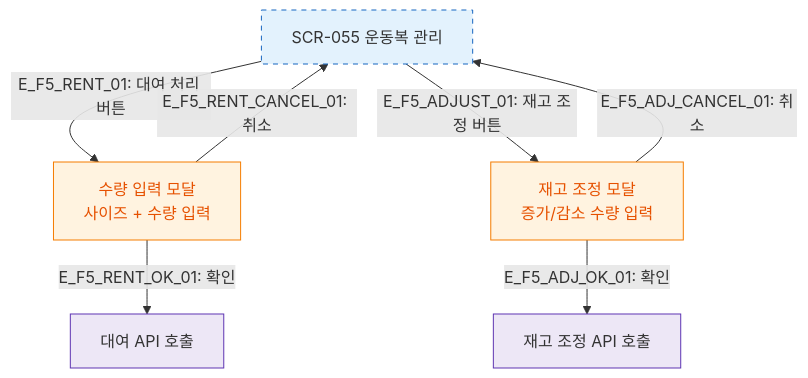
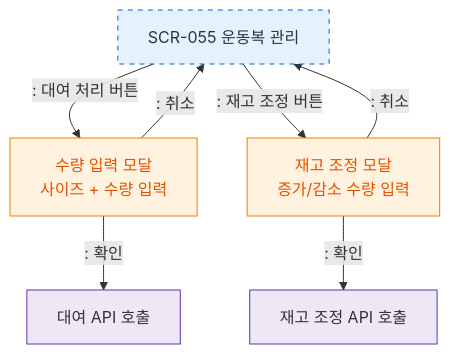
The diagram in docs/다이어그램/D06_시설관리/SCR-055_운동복관리/F5_모달트리거.md (dev-spogym/admin-pando), drawn with Mermaid before and after one commit. The commit also changed other lines of this file and 1660 other files, not shown here.

First line of the commit message:
다이어그램: 기획자/클라이언트 납품본으로 정리

````diff
--- a/docs/다이어그램/D06_시설관리/SCR-055_운동복관리/F5_모달트리거.md
+++ b/docs/다이어그램/D06_시설관리/SCR-055_운동복관리/F5_모달트리거.md
@@ -16,20 +14,20 @@
 ```mermaid
 flowchart TD
     SCR_055[SCR-055 운동복 관리]
 
-    SCR_055 -->|"E_F5_RENT_01: 대여 처리 버튼"| RentModal[수량 입력 모달\n사이즈 + 수량 입력]
-    SCR_055 -->|"E_F5_ADJUST_01: 재고 조정 버튼"| AdjModal[재고 조정 모달\n증가/감소 수량 입력]
+    SCR_055 -->|": 대여 처리 버튼"|RentModal[수량 입력 모달\n사이즈 + 수량 입력]
+    SCR_055 -->|": 재고 조정 버튼"|AdjModal[재고 조정 모달\n증가/감소 수량 입력]
 
-    RentModal -->|"E_F5_RENT_OK_01: 확인"| RentAPI[대여 API 호출]
-    RentModal -->|"E_F5_RENT_CANCEL_01: 취소"| SCR_055
+    RentModal -->|": 확인"|RentAPI[대여 API 호출]
+    RentModal -->|": 취소"|SCR_055
 
-    AdjModal -->|"E_F5_ADJ_OK_01: 확인"| AdjAPI[재고 조정 API 호출]
-    AdjModal -->|"E_F5_ADJ_CANCEL_01: 취소"| SCR_055
+    AdjModal -->|": 확인"|AdjAPI[재고 조정 API 호출]
+    AdjModal -->|": 취소"|SCR_055
 
     classDef screen fill:#E3F2FD,stroke:#1565C0,stroke-dasharray:5 5
     classDef modal fill:#FFF3E0,stroke:#F57C00,color:#E65100
     classDef system fill:#EDE7F6,stroke:#5E35B2
     class SCR_055 screen
     class RentModal,AdjModal modal
     class RentAPI,AdjAPI system
 ```
````
